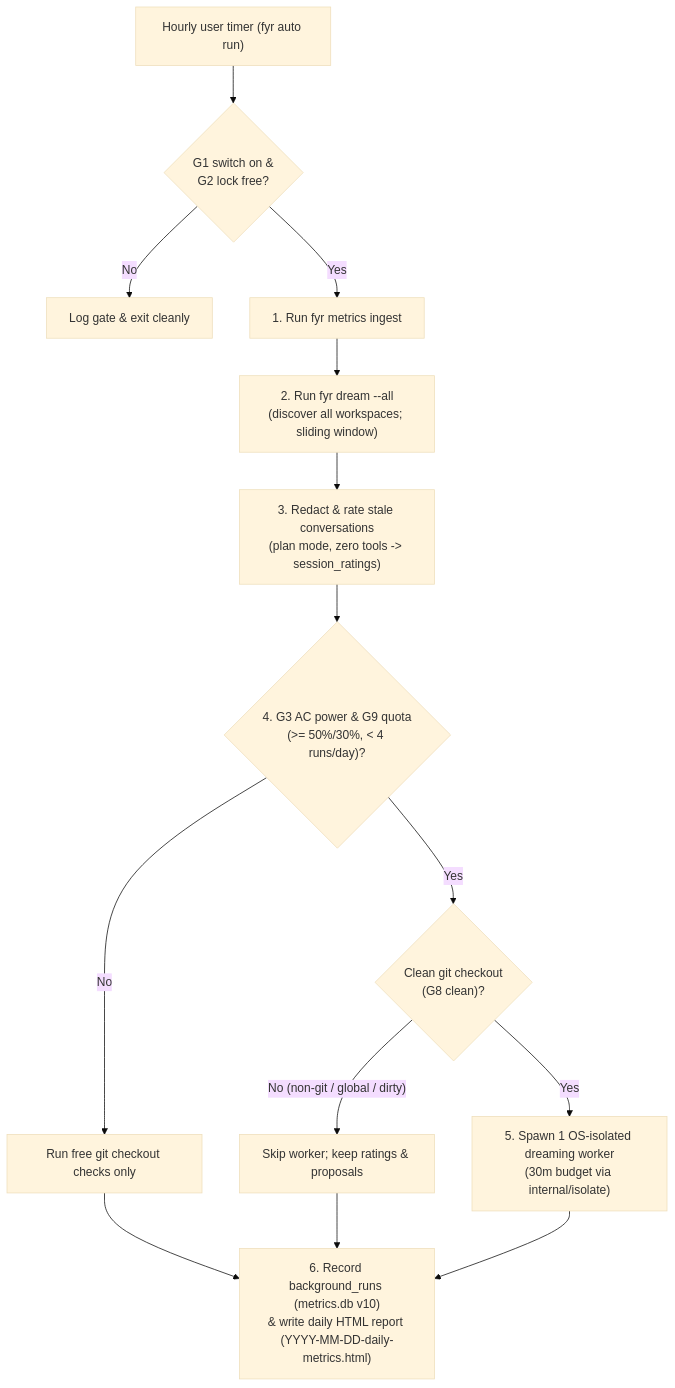
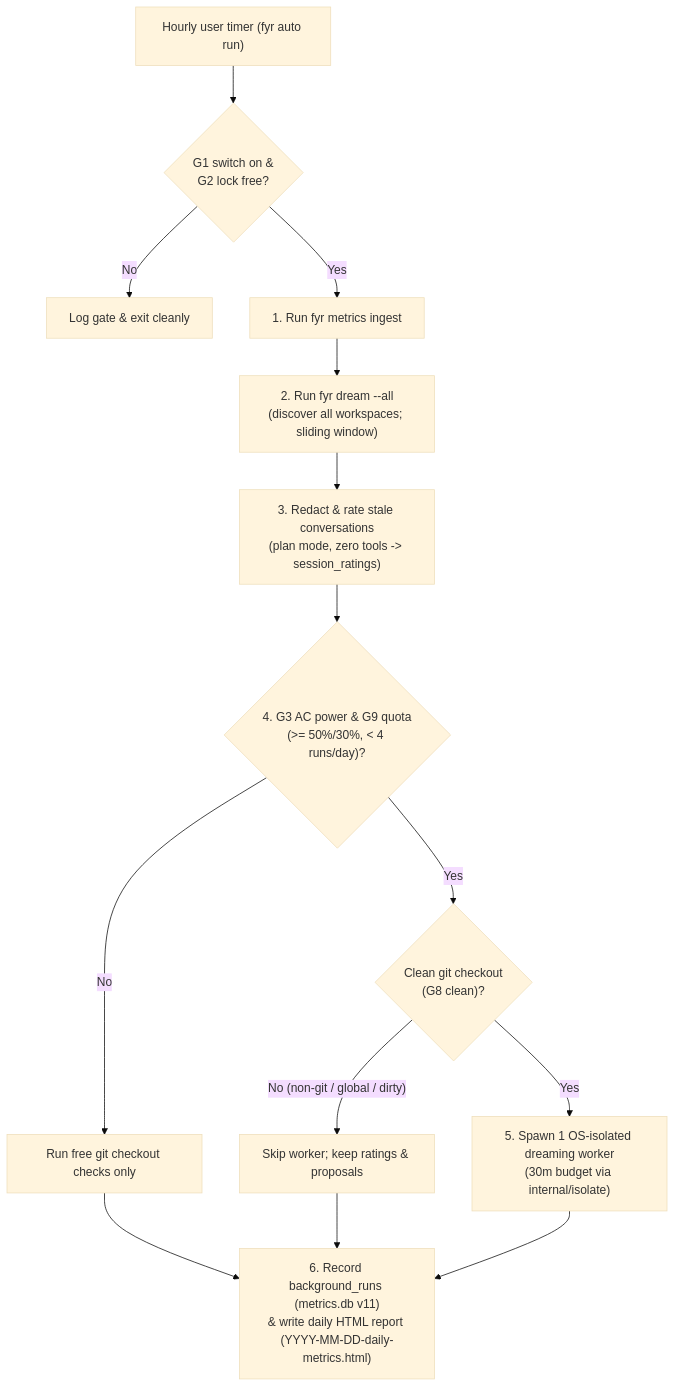
Before and after one commit to kesokaj/fyr: the first of 2 diagrams in features/dream-and-auto.md, drawn with Mermaid (base theme). The commit also changed other lines of this file and 15 other files, not shown here.

````diff
--- a/features/dream-and-auto.md
+++ b/features/dream-and-auto.md
@@ -9,16 +9,16 @@
 ```mermaid
 flowchart TD
     timerTick["Hourly user timer (fyr auto run)"] --> g1Switch{"G1 switch on &\nG2 lock free?"}
     g1Switch -- "No" --> stopEarly["Log gate & exit cleanly"]
     g1Switch -- "Yes" --> ingestStep["1. Run fyr metrics ingest"]
     ingestStep --> dreamStep["2. Run fyr dream --all\n(discover all workspaces; sliding window)"]
     dreamStep --> rateStep["3. Redact & rate stale conversations\n(plan mode, zero tools -> session_ratings)"]
     rateStep --> machineGates{"4. G3 AC power & G9 quota\n(>= 50%/30%, < 4 runs/day)?"}
     machineGates -- "No" --> freeChecks["Run free git checkout checks only"]
     machineGates -- "Yes" --> workerGate{"Clean git checkout\n(G8 clean)?"}
     workerGate -- "No (non-git / global / dirty)" --> keepProposals["Skip worker; keep ratings & proposals"]
     workerGate -- "Yes" --> runWorker["5. Spawn 1 OS-isolated dreaming worker\n(30m budget via internal/isolate)"]
-    freeChecks --> finishStep["6. Record background_runs (metrics.db v10)\n& write daily HTML report (YYYY-MM-DD-daily-metrics.html)"]
+    freeChecks --> finishStep["6. Record background_runs (metrics.db v11)\n& write daily HTML report (YYYY-MM-DD-daily-metrics.html)"]
     keepProposals --> finishStep
     runWorker --> finishStep
 ```
````
